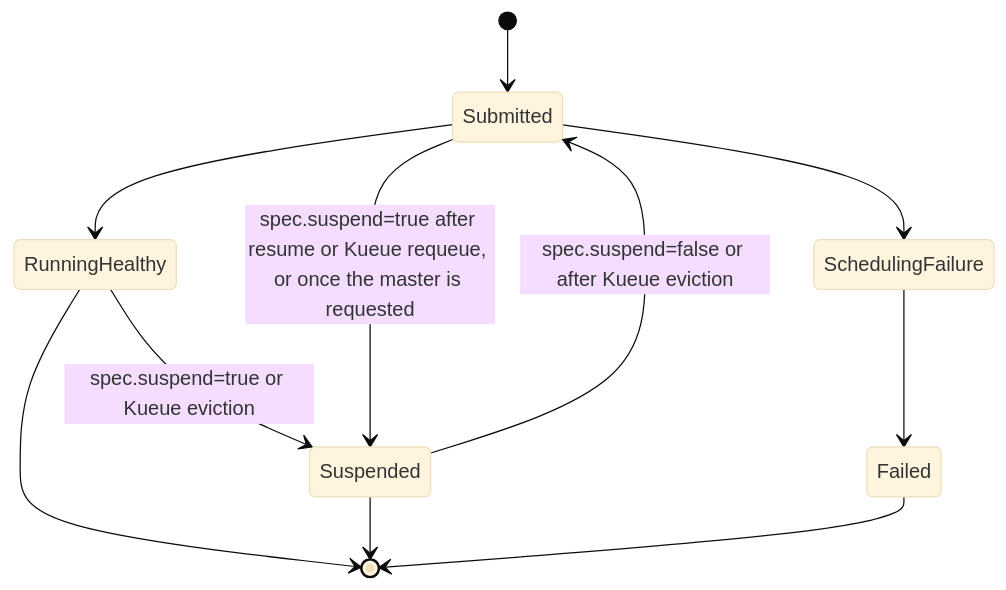
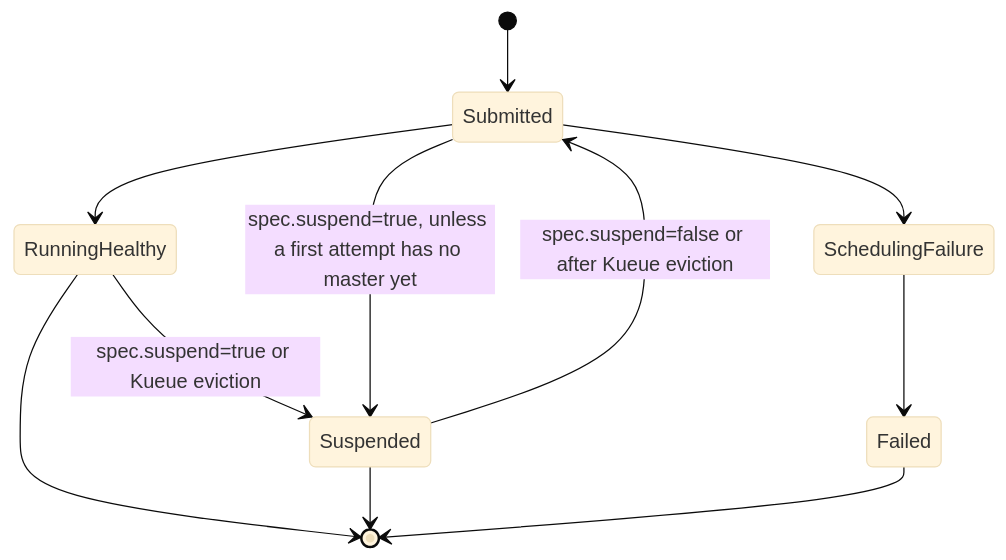
One commit to apache/spark-kubernetes-operator changed the third of 3 diagrams in docs/architecture.md. Above: the diagram before and after it, drawn with Mermaid (base theme). The commit also changed 4 other files, not shown here.

````diff
--- a/docs/architecture.md
+++ b/docs/architecture.md
@@ -194,18 +194,18 @@
 ```mermaid
 stateDiagram-v2
 
     [*] --> Submitted
 
     Submitted --> RunningHealthy
     Submitted --> SchedulingFailure
 
     SchedulingFailure --> Failed
 
     RunningHealthy --> Suspended : spec.suspend=true or Kueue eviction
     Suspended --> Submitted : spec.suspend=false or after Kueue eviction
-    Submitted --> Suspended : spec.suspend=true after resume or Kueue requeue, or once the master is requested
+    Submitted --> Suspended : spec.suspend=true, unless a first attempt has no master yet
 
     RunningHealthy --> [*]
     Suspended --> [*]
     Failed --> [*]
 ```
````
